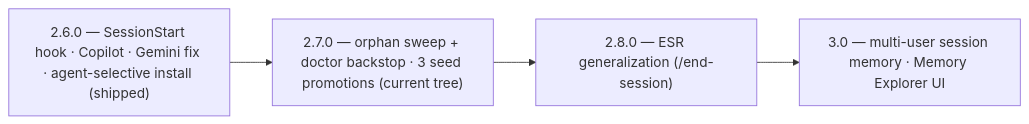
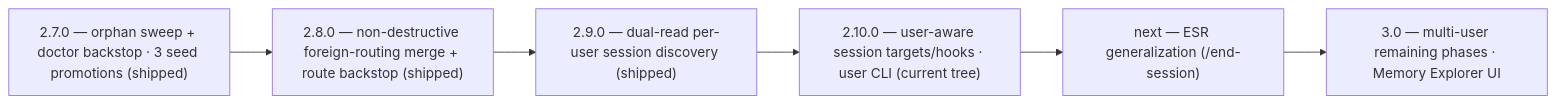
One commit to jnl-tshi/memory-seed changed the eighth of 8 diagrams in docs/functionality-audit.md. Above: the diagram before and after it, drawn with Mermaid. The commit also changed other lines of this file and 1 other file, not shown here.

````diff
--- a/docs/functionality-audit.md
+++ b/docs/functionality-audit.md
@@ -362,8 +369,10 @@
 ```mermaid
 graph LR
-  V26["2.6.0 — SessionStart hook · Copilot · Gemini fix · agent-selective install (shipped)"]
-  V27["2.7.0 — orphan sweep + doctor backstop · 3 seed promotions (current tree)"]
-  V28["2.8.0 — ESR generalization (/end-session)"]
-  V30["3.0 — multi-user session memory · Memory Explorer UI"]
-  V26 --> V27 --> V28 --> V30
+  V27["2.7.0 — orphan sweep + doctor backstop · 3 seed promotions (shipped)"]
+  V28["2.8.0 — non-destructive foreign-routing merge + route backstop (shipped)"]
+  V29["2.9.0 — dual-read per-user session discovery (shipped)"]
+  V210["2.10.0 — user-aware session targets/hooks · user CLI (current tree)"]
+  VNEXT["next — ESR generalization (/end-session)"]
+  V30["3.0 — multi-user remaining phases · Memory Explorer UI"]
+  V27 --> V28 --> V29 --> V210 --> VNEXT --> V30
 ```
````
